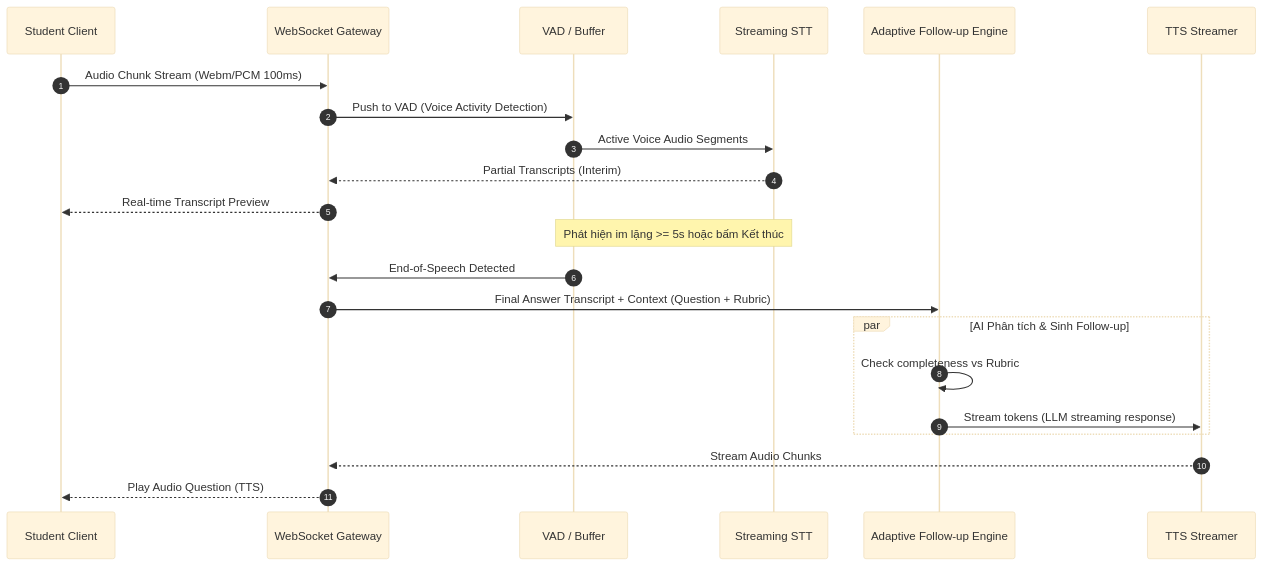
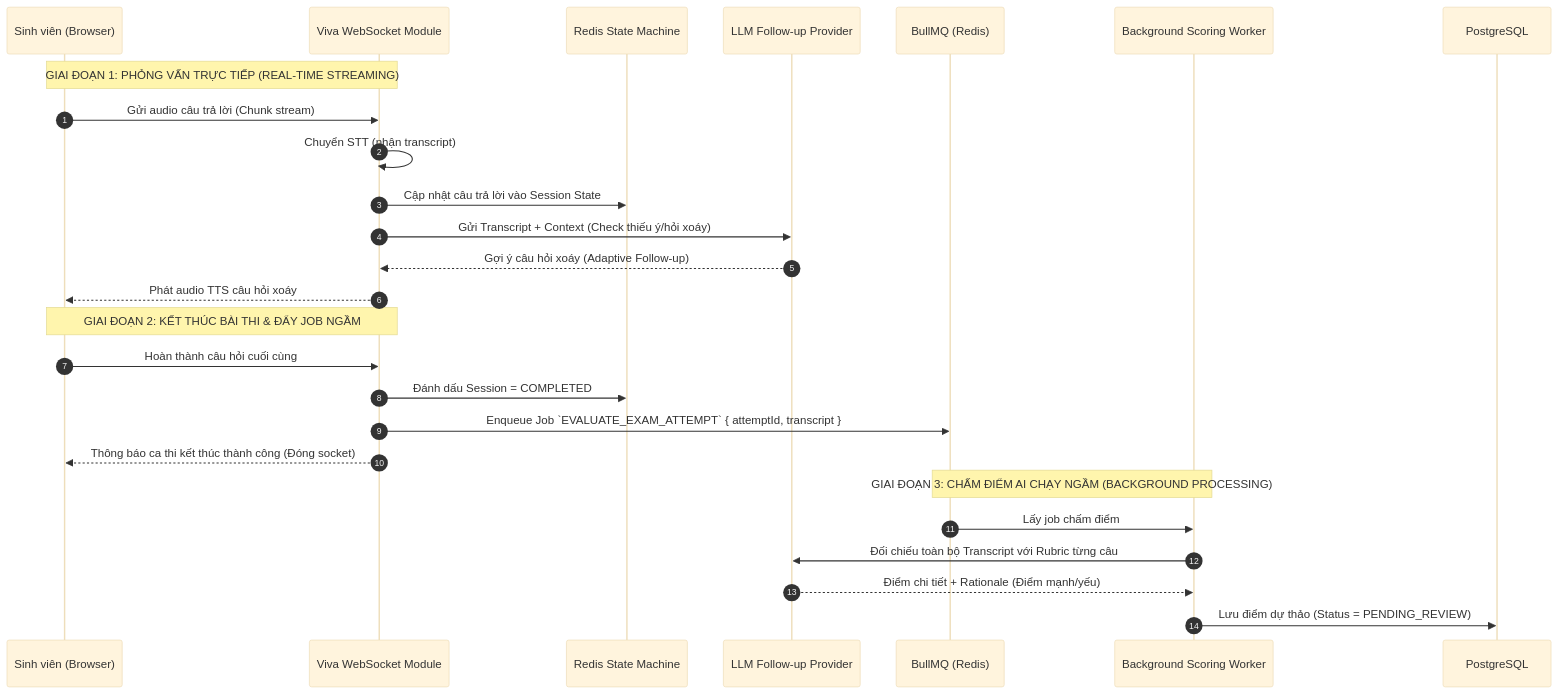
One commit to SWD392-Group-4/AI-powered-Viva-Exam-System changed the second of 2 diagrams in document/02-architecture-design.md. Above: the diagram before and after it, drawn with Mermaid (base theme). The commit also changed other lines of this file, not shown here.

Commit message:
docs: add architecture design document

````diff
--- a/document/02-architecture-design.md
+++ b/document/02-architecture-design.md
@@ -96,28 +140,31 @@
 ```mermaid
 sequenceDiagram
     autonumber
-    participant S as Student Client
-    participant GW as WebSocket Gateway
-    participant VAD as VAD / Buffer
-    participant STT as Streaming STT
-    participant AI as Adaptive Follow-up Engine
-    participant TTS as TTS Streamer
+    participant STU as Sinh viên (Browser)
+    participant WS as Viva WebSocket Module
+    participant FSM as Redis State Machine
+    participant AI as LLM Follow-up Provider
+    participant QUEUE as BullMQ (Redis)
+    participant WORKER as Background Scoring Worker
+    participant DB as PostgreSQL
 
-    S->>GW: Audio Chunk Stream (Webm/PCM 100ms)
-    GW->>VAD: Push to VAD (Voice Activity Detection)
-    VAD->>STT: Active Voice Audio Segments
-    STT-->>GW: Partial Transcripts (Interim)
-    GW-->>S: Real-time Transcript Preview
-    
-    Note over VAD,STT: Phát hiện im lặng >= 5s hoặc bấm Kết thúc
-    VAD->>GW: End-of-Speech Detected
-    GW->>AI: Final Answer Transcript + Context (Question + Rubric)
-    
-    par AI Phân tích & Sinh Follow-up
-        AI->>AI: Check completeness vs Rubric
-        AI->>TTS: Stream tokens (LLM streaming response)
-    end
-    
-    TTS-->>GW: Stream Audio Chunks
-    GW-->>S: Play Audio Question (TTS)
+    Note over STU,WS: GIAI ĐOẠN 1: PHỎNG VẤN TRỰC TIẾP (REAL-TIME STREAMING)
+    STU->>WS: Gửi audio câu trả lời (Chunk stream)
+    WS->>WS: Chuyển STT (nhận transcript)
+    WS->>FSM: Cập nhật câu trả lời vào Session State
+    WS->>AI: Gửi Transcript + Context (Check thiếu ý/hỏi xoáy)
+    AI-->>WS: Gợi ý câu hỏi xoáy (Adaptive Follow-up)
+    WS-->>STU: Phát audio TTS câu hỏi xoáy
+
+    Note over STU,WS: GIAI ĐOẠN 2: KẾT THÚC BÀI THI & ĐẨY JOB NGẦM
+    STU->>WS: Hoàn thành câu hỏi cuối cùng
+    WS->>FSM: Đánh dấu Session = COMPLETED
+    WS->>QUEUE: Enqueue Job `EVALUATE_EXAM_ATTEMPT` { attemptId, transcript }
+    WS-->>STU: Thông báo ca thi kết thúc thành công (Đóng socket)
+
+    Note over QUEUE,WORKER: GIAI ĐOẠN 3: CHẤM ĐIỂM AI CHẠY NGẦM (BACKGROUND PROCESSING)
+    QUEUE->>WORKER: Lấy job chấm điểm
+    WORKER->>AI: Đối chiếu toàn bộ Transcript với Rubric từng câu
+    AI-->>WORKER: Điểm chi tiết + Rationale (Điểm mạnh/yếu)
+    WORKER->>DB: Lưu điểm dự thảo (Status = PENDING_REVIEW)
 ```
````
